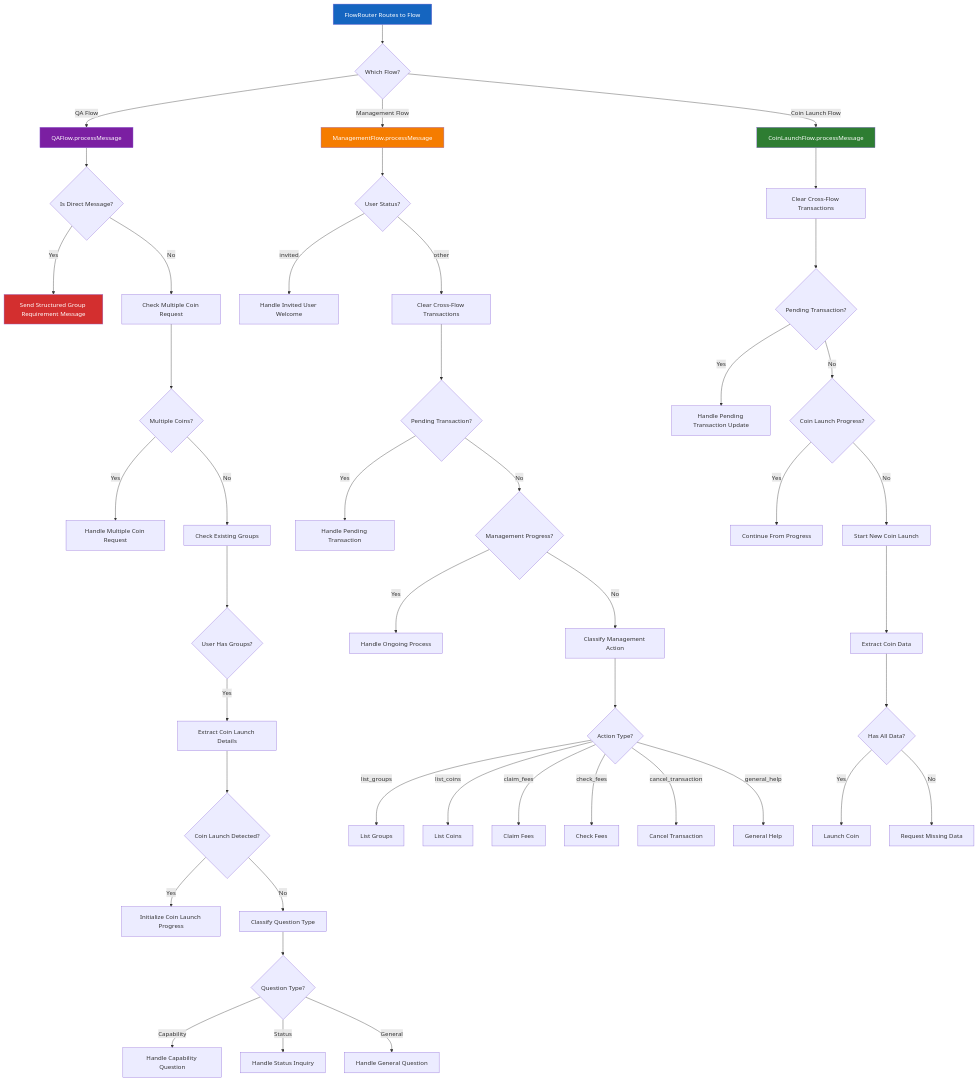
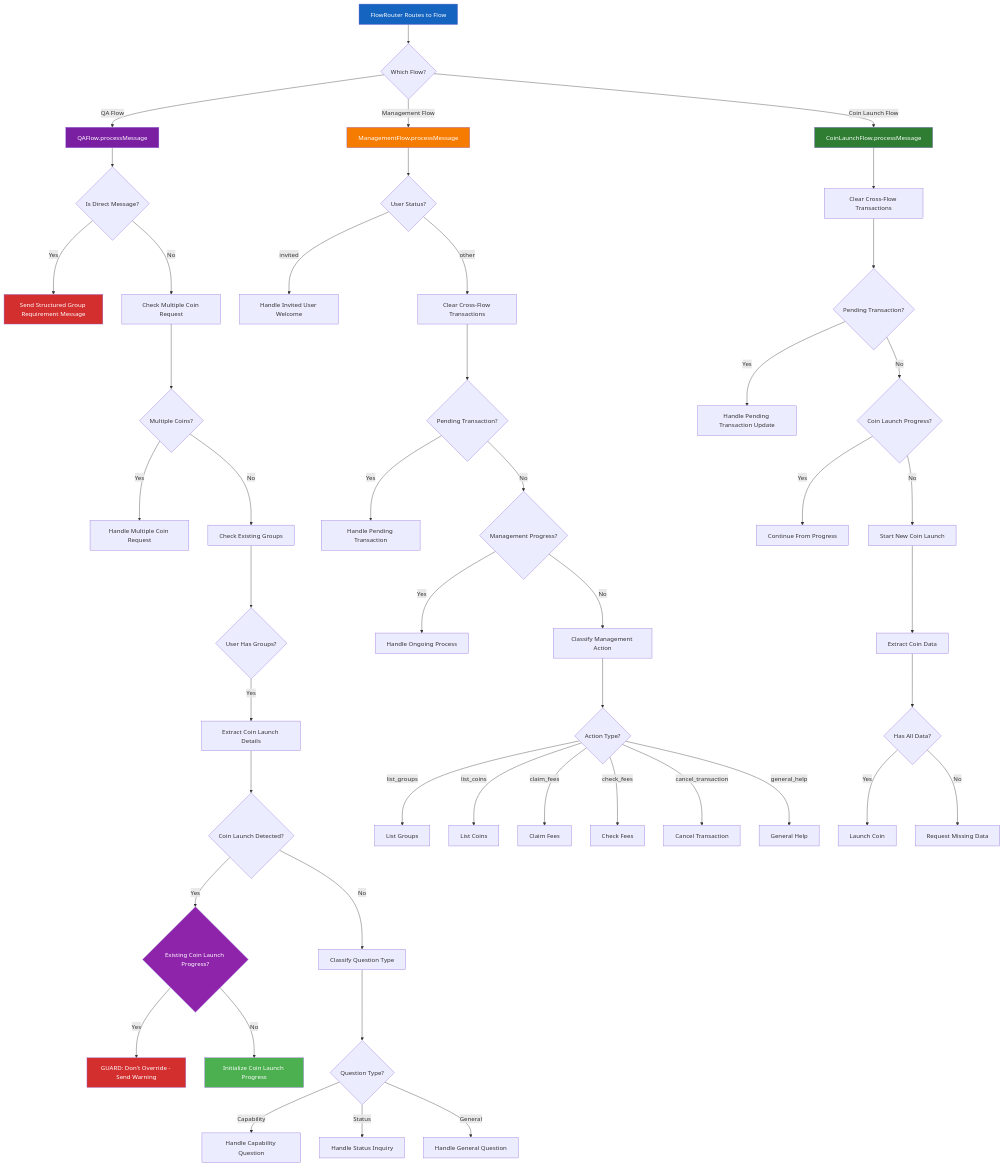
Before and after one commit to flayerlabs/xmtp-flaunchy: the seventh of 13 diagrams in SYSTEM_ARCHITECTURE.md, drawn with Mermaid. The commit also changed other lines of this file and 3 other files, not shown here.

Commit message:
fix: handle only image uploads without text if at collecting_coin_data step

````diff
--- a/SYSTEM_ARCHITECTURE.md
+++ b/SYSTEM_ARCHITECTURE.md
@@ -418,65 +433,71 @@
 ```mermaid
 graph TD
     A[FlowRouter Routes to Flow] --> B{Which Flow?}
 
     B -->|QA Flow| C[QAFlow.processMessage]
     B -->|Management Flow| D[ManagementFlow.processMessage]
     B -->|Coin Launch Flow| E[CoinLaunchFlow.processMessage]
 
     C --> F{Is Direct Message?}
     F -->|Yes| G[Send Structured Group Requirement Message]
     F -->|No| H[Check Multiple Coin Request]
 
     H --> I{Multiple Coins?}
     I -->|Yes| J[Handle Multiple Coin Request]
     I -->|No| K[Check Existing Groups]
 
     K --> L{User Has Groups?}
     L -->|Yes| M[Extract Coin Launch Details]
     M --> N{Coin Launch Detected?}
-    N -->|Yes| O[Initialize Coin Launch Progress]
+    N -->|Yes| O{Existing Coin Launch Progress?}
     N -->|No| P[Classify Question Type]
 
-    P --> Q{Question Type?}
-    Q -->|Capability| R[Handle Capability Question]
-    Q -->|Status| S[Handle Status Inquiry]
-    Q -->|General| T[Handle General Question]
+    O -->|Yes| Q[GUARD: Don't Override - Send Warning]
+    O -->|No| R[Initialize Coin Launch Progress]
 
-    D --> U{User Status?}
-    U -->|invited| V[Handle Invited User Welcome]
-    U -->|other| W[Clear Cross-Flow Transactions]
+    P --> S{Question Type?}
+    S -->|Capability| T[Handle Capability Question]
+    S -->|Status| U[Handle Status Inquiry]
+    S -->|General| V[Handle General Question]
 
-    W --> X{Pending Transaction?}
-    X -->|Yes| Y[Handle Pending Transaction]
-    X -->|No| Z{Management Progress?}
+    D --> W{User Status?}
+    W -->|invited| X[Handle Invited User Welcome]
+    W -->|other| Y[Clear Cross-Flow Transactions]
 
-    Z -->|Yes| AA[Handle Ongoing Process]
-    Z -->|No| BB[Classify Management Action]
+    Y --> Z{Pending Transaction?}
+    Z -->|Yes| AA[Handle Pending Transaction]
+    Z -->|No| BB{Management Progress?}
 
-    BB --> CC{Action Type?}
-    CC -->|list_groups| DD[List Groups]
-    CC -->|list_coins| EE[List Coins]
-    CC -->|claim_fees| FF[Claim Fees]
-    CC -->|check_fees| GG[Check Fees]
-    CC -->|cancel_transaction| HH[Cancel Transaction]
-    CC -->|general_help| II[General Help]
+    BB -->|Yes| CC[Handle Ongoing Process]
+    BB -->|No| DD[Classify Management Action]
 
-    E --> JJ[Clear Cross-Flow Transactions]
-    JJ --> KK{Pending Transaction?}
-    KK -->|Yes| LL[Handle Pending Transaction Update]
-    KK -->|No| MM{Coin Launch Progress?}
+    DD --> EE{Action Type?}
+    EE -->|list_groups| FF[List Groups]
+    EE -->|list_coins| GG[List Coins]
+    EE -->|claim_fees| HH[Claim Fees]
+    EE -->|check_fees| II[Check Fees]
+    EE -->|cancel_transaction| JJ[Cancel Transaction]
+    EE -->|general_help| KK[General Help]
 
-    MM -->|Yes| NN[Continue From Progress]
-    MM -->|No| OO[Start New Coin Launch]
+    E --> LL[Clear Cross-Flow Transactions]
+    LL --> MM{Pending Transaction?}
+    MM -->|Yes| NN[Handle Pending Transaction Update]
+    MM -->|No| OO{Coin Launch Progress?}
 
-    OO --> PP[Extract Coin Data]
-    PP --> QQ{Has All Data?}
-    QQ -->|Yes| RR[Launch Coin]
-    QQ -->|No| SS[Request Missing Data]
+    OO -->|Yes| PP[Continue From Progress]
+    OO -->|No| QQ[Start New Coin Launch]
+
+    QQ --> RR[Extract Coin Data]
+    RR --> SS{Has All Data?}
+    SS -->|Yes| TT[Launch Coin]
+    SS -->|No| UU[Request Missing Data]
 
     style A fill:#1565C0,color:#ffffff
     style C fill:#7B1FA2,color:#ffffff
     style D fill:#F57C00,color:#ffffff
     style E fill:#2E7D32,color:#ffffff
     style G fill:#D32F2F,color:#ffffff
+    style O fill:#8E24AA,color:#ffffff
+    style Q fill:#D32F2F,color:#ffffff
+    style R fill:#4CAF50,color:#ffffff
 ```
````
